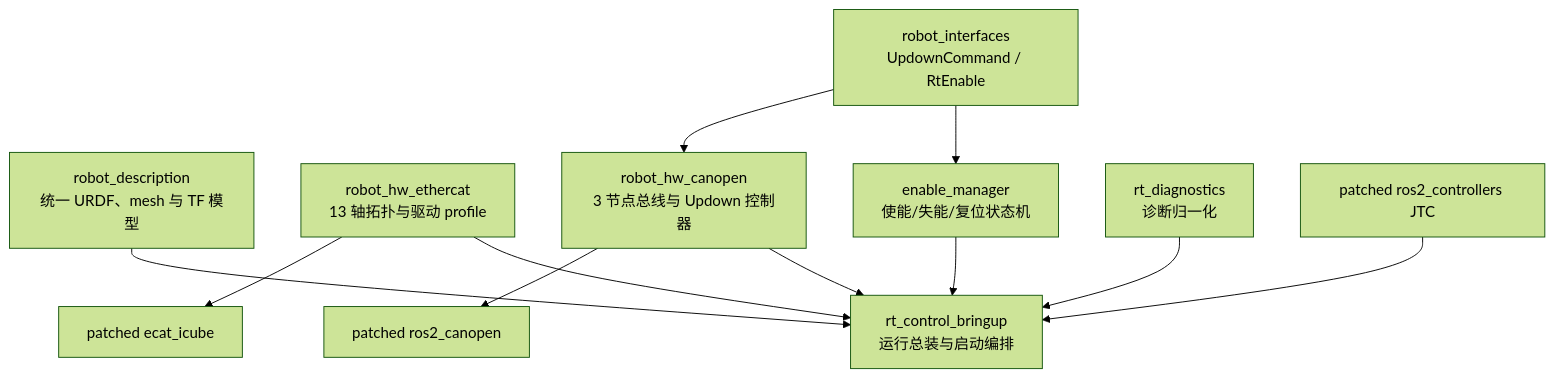
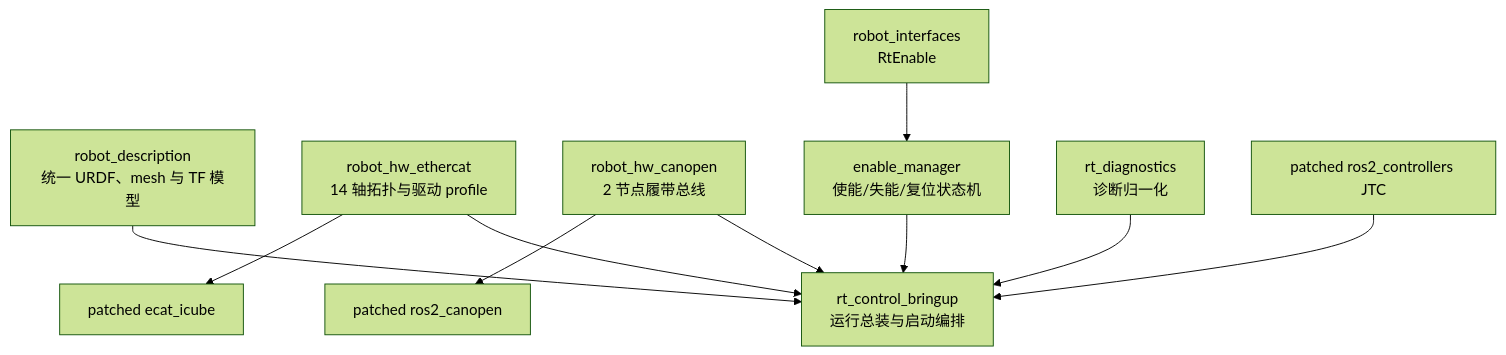
One commit to SevenovaHangzhou/robot_driver changed the second of 4 diagrams in domains/rt_control/docs/onboarding-knowledge-map.md. Above: the diagram before and after it, drawn with Mermaid (forest theme). The commit also changed other lines of this file and 35 other files, not shown here.

````diff
--- a/domains/rt_control/docs/onboarding-knowledge-map.md
+++ b/domains/rt_control/docs/onboarding-knowledge-map.md
@@ -54,26 +53,25 @@
 ```mermaid
 flowchart TD
     RD[robot_description<br/>统一 URDF、mesh 与 TF 模型]
-    RI[robot_interfaces<br/>UpdownCommand / RtEnable]
+    RI[robot_interfaces<br/>RtEnable]
 
-    EC[robot_hw_ethercat<br/>13 轴拓扑与驱动 profile]
-    CAN[robot_hw_canopen<br/>3 节点总线与 Updown 控制器]
+    EC[robot_hw_ethercat<br/>14 轴拓扑与驱动 profile]
+    CAN[robot_hw_canopen<br/>2 节点履带总线]
     EM[enable_manager<br/>使能/失能/复位状态机]
     DG[rt_diagnostics<br/>诊断归一化]
     BR[rt_control_bringup<br/>运行总装与启动编排]
 
     IEC[patched ecat_icube]
     ICAN[patched ros2_canopen]
     JTC[patched ros2_controllers JTC]
 
     RD --> BR
-    RI --> CAN
     RI --> EM
     EC --> IEC
     CAN --> ICAN
     JTC --> BR
     EC --> BR
     CAN --> BR
     EM --> BR
     DG --> BR
 ```
````
